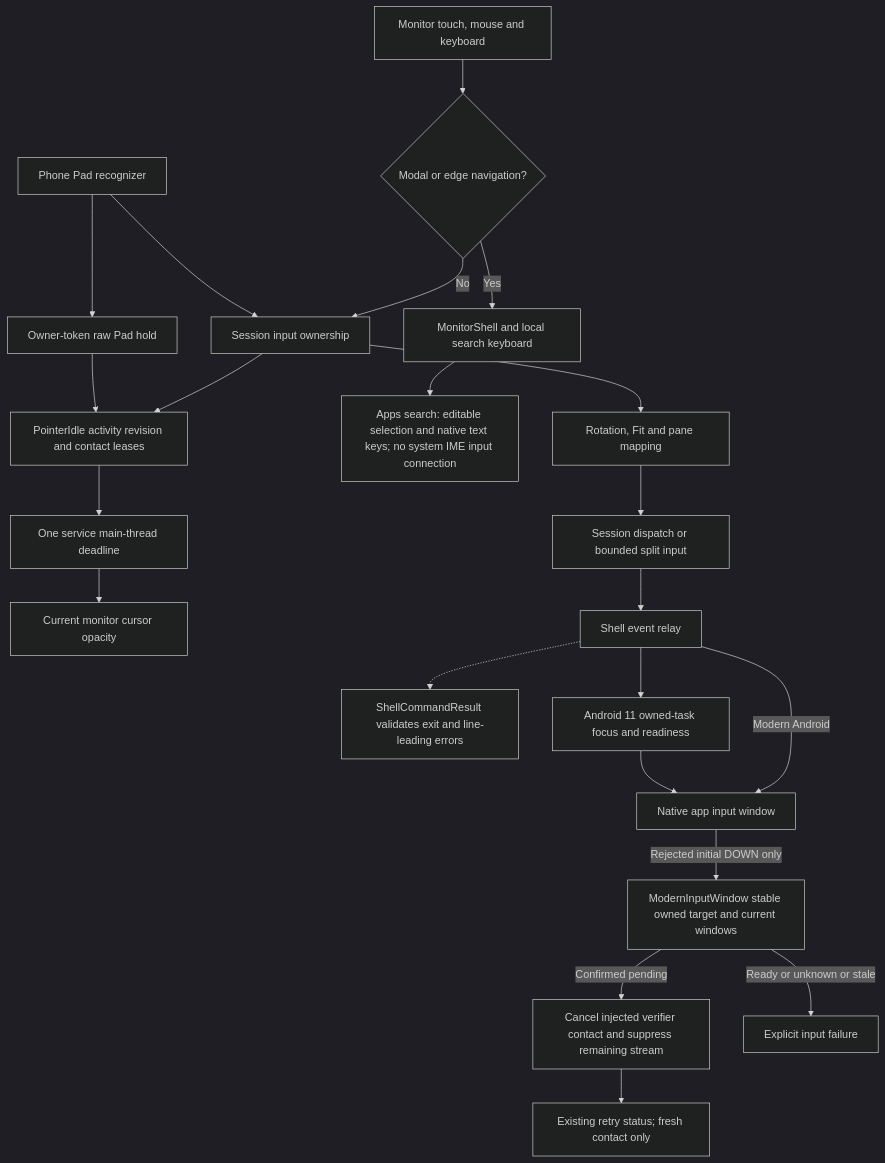
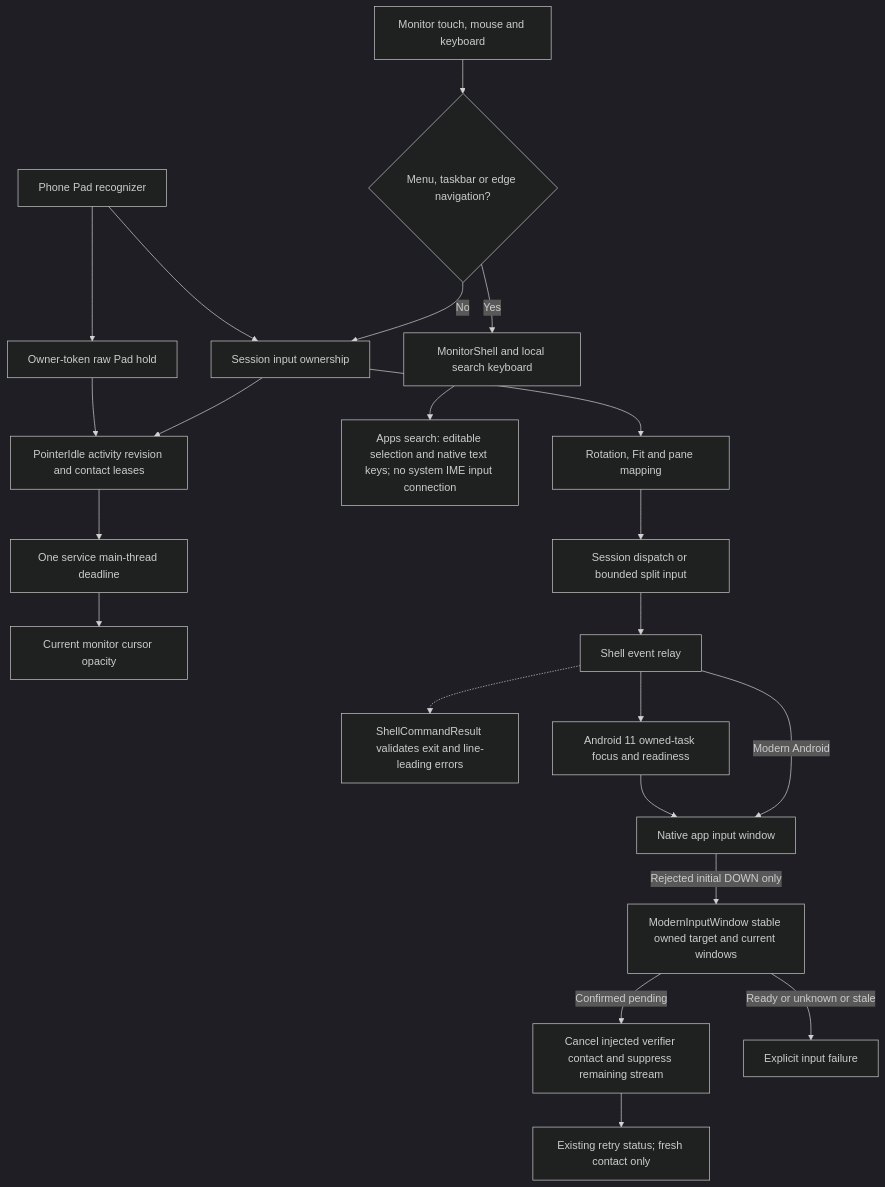
The first of 6 diagrams in docs/architecture/features/input-and-navigation.md (PhiLong-Ho/DexDroid), drawn with Mermaid (dark theme) before and after one commit. The commit also changed other lines of this file and 92 other files, not shown here.

Commit message:
Add phone screen power control and reserved monitor taskbar (#14)

````diff
--- a/docs/architecture/features/input-and-navigation.md
+++ b/docs/architecture/features/input-and-navigation.md
@@ -31,24 +35,24 @@
 ```mermaid
 flowchart TB
     Pad[Phone Pad recognizer] --> Owner[Session input ownership]
     Pad --> Lease[Owner-token raw Pad hold]
     Lease --> Idle[PointerIdle activity revision and contact leases]
     Owner --> Idle
     Idle --> Timer[One service main-thread deadline]
     Timer --> Cursor[Current monitor cursor opacity]
-    Monitor[Monitor touch, mouse and keyboard] --> Modal{Modal or edge navigation?}
+    Monitor[Monitor touch, mouse and keyboard] --> Modal{Menu, taskbar or edge navigation?}
     Modal -->|Yes| Shell[MonitorShell and local search keyboard]
     Shell --> Editor[Apps search: editable selection and native text keys; no system IME input connection]
     Modal -->|No| Owner
     Owner --> Geometry[Rotation, Fit and pane mapping]
     Geometry --> Dispatch[Session dispatch or bounded split input]
     Bridge -.-> Validation[ShellCommandResult validates exit and line-leading errors]
     Dispatch --> Bridge[Shell event relay]
     Bridge --> Legacy[Android 11 owned-task focus and readiness]
     Legacy --> App[Native app input window]
     Bridge -->|Modern Android| App
     App -->|Rejected initial DOWN only| Modern[ModernInputWindow stable owned target and current windows]
     Modern -->|Confirmed pending| Cancel[Cancel injected verifier contact and suppress remaining stream]
     Modern -->|Ready or unknown or stale| Error[Explicit input failure]
     Cancel --> Retry[Existing retry status; fresh contact only]
 ```
````
